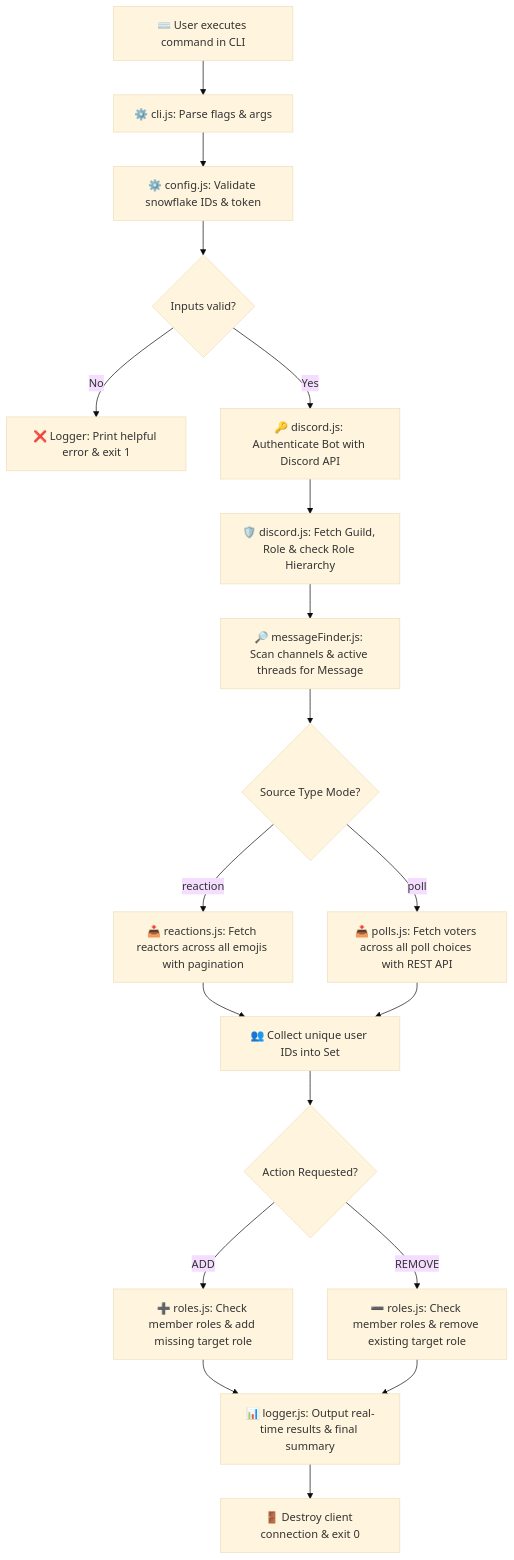
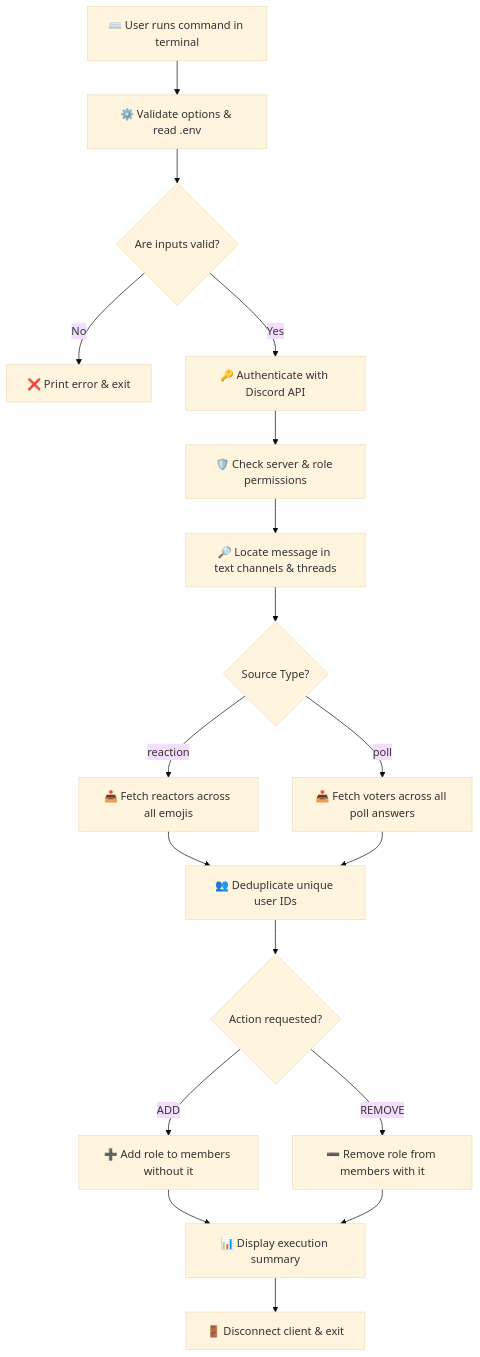
The diagram in README.md (ayoabimbola16-oss/discord-reaction-role-manager), drawn with Mermaid (base theme) before and after one commit. The commit also changed other lines of this file, not shown here.

````diff
--- a/README.md
+++ b/README.md
@@ -82,21 +70,20 @@
 ```mermaid
 flowchart TD
-    A[⌨️ User executes command in CLI] --> B[⚙️ cli.js: Parse flags & args]
-    B --> C[⚙️ config.js: Validate snowflake IDs & token]
-    C --> D{Inputs valid?}
-    D -- No --> E[❌ Logger: Print helpful error & exit 1]
-    D -- Yes --> F[🔑 discord.js: Authenticate Bot with Discord API]
-    F --> G[🛡️ discord.js: Fetch Guild, Role & check Role Hierarchy]
-    G --> H[🔎 messageFinder.js: Scan channels & active threads for Message]
-    H --> I{Source Type Mode?}
-    I -- reaction --> J[📥 reactions.js: Fetch reactors across all emojis with pagination]
-    I -- poll --> K[📥 polls.js: Fetch voters across all poll choices with REST API]
-    J --> L[👥 Collect unique user IDs into Set]
-    K --> L
-    L --> M{Action Requested?}
-    M -- ADD --> N[➕ roles.js: Check member roles & add missing target role]
-    M -- REMOVE --> O[➖ roles.js: Check member roles & remove existing target role]
-    N --> P[📊 logger.js: Output real-time results & final summary]
-    O --> P
-    P --> Q[🚪 Destroy client connection & exit 0]
+    A[⌨️ User runs command in terminal] --> B[⚙️ Validate options & read .env]
+    B --> C{Are inputs valid?}
+    C -- No --> D[❌ Print error & exit]
+    C -- Yes --> E[🔑 Authenticate with Discord API]
+    E --> F[🛡️ Check server & role permissions]
+    F --> G[🔎 Locate message in text channels & threads]
+    G --> H{Source Type?}
+    H -- reaction --> I[📥 Fetch reactors across all emojis]
+    H -- poll --> J[📥 Fetch voters across all poll answers]
+    I --> K[👥 Deduplicate unique user IDs]
+    J --> K
+    K --> L{Action requested?}
+    L -- ADD --> M[➕ Add role to members without it]
+    L -- REMOVE --> N[➖ Remove role from members with it]
+    M --> O[📊 Display execution summary]
+    N --> O
+    O --> P[🚪 Disconnect client & exit]
 ```
````
